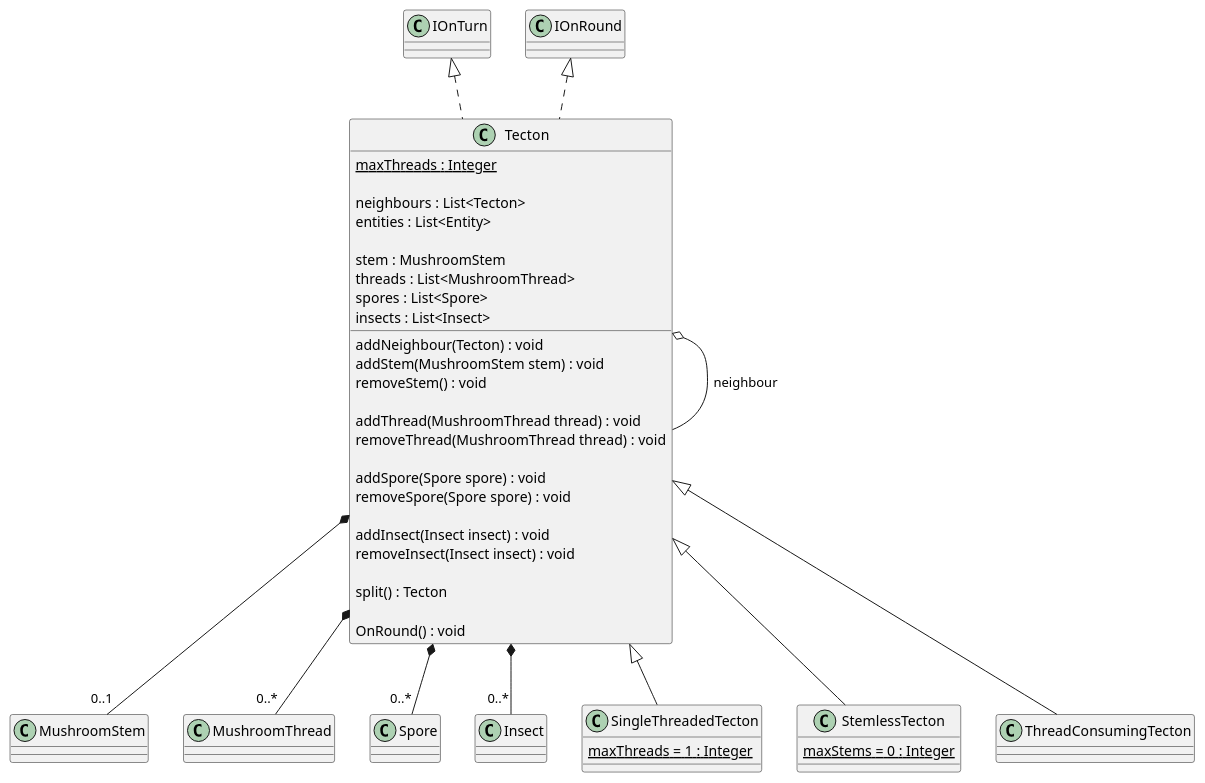
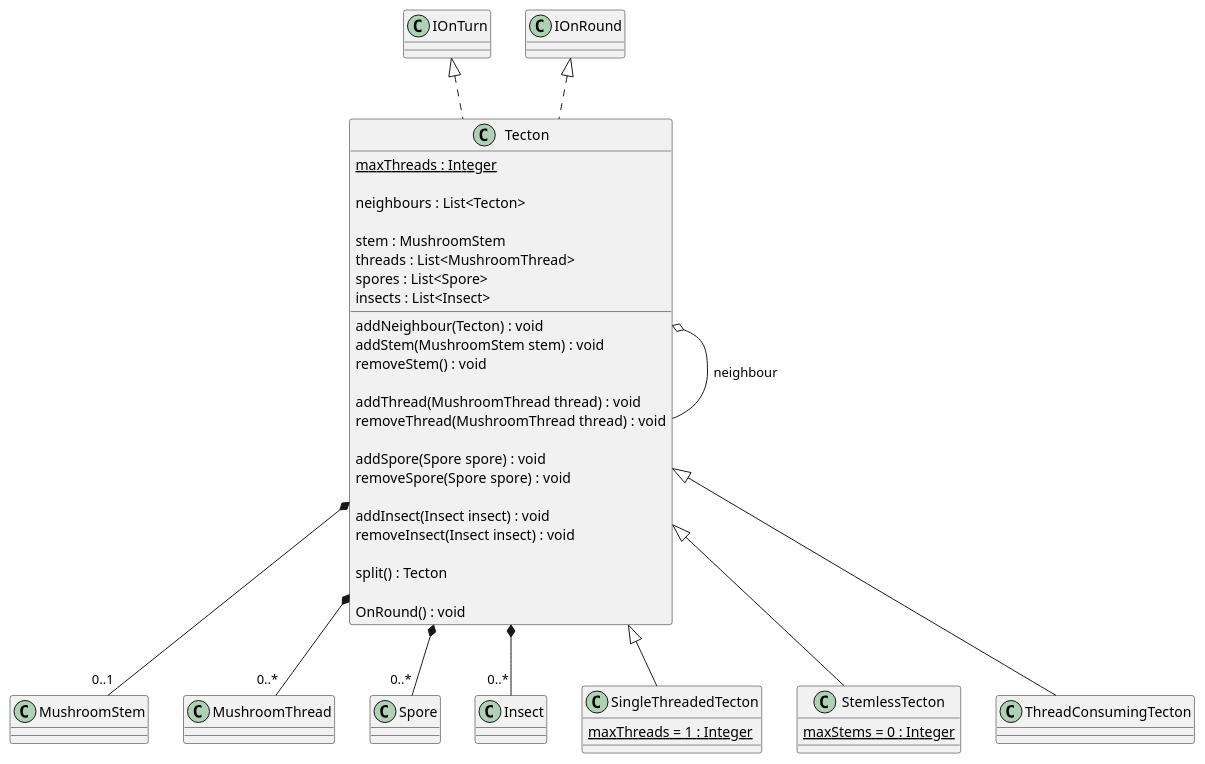
Before and after one commit to Petya-G/fungorium: the diagram in 3/classes/tecton.puml, drawn with PlantUML.

Commit message:
# remove entity list from tecton

```diff
--- a/3/classes/tecton.puml
+++ b/3/classes/tecton.puml
@@ -1,59 +1,58 @@
 @startuml tecton
   IOnTurn <|.. Tecton 
   IOnRound <|.. Tecton 
   Tecton  o-- Tecton : neighbour
   'Tecton *-- "0..*" Entity
   class Tecton {
     {static} maxThreads : Integer
     
     neighbours : List<Tecton>
-    entities : List<Entity>
 
     stem : MushroomStem
     threads : List<MushroomThread>
     spores : List<Spore>
     insects : List<Insect>  
 
     addNeighbour(Tecton) : void
     addStem(MushroomStem stem) : void
     removeStem() : void
 
     addThread(MushroomThread thread) : void
     removeThread(MushroomThread thread) : void
 
     addSpore(Spore spore) : void
     removeSpore(Spore spore) : void
 
     addInsect(Insect insect) : void
     removeInsect(Insect insect) : void
 
     split() : Tecton
 
     OnRound() : void
   }
 
   Tecton *-- "0..1" MushroomStem 
   Tecton *-- "0..*" MushroomThread
   
   Tecton *-- "0..*" Spore
   Tecton *-- "0..*" Insect
   'SingleThreadedTecton *-- "0..1" MushroomStem
   'SingleThreadedTecton "2" *-- "0..1" MushroomThread
   Tecton <|-- SingleThreadedTecton
   class SingleThreadedTecton {
     {static} maxThreads = 1 : Integer
   }
 
 
   'BodylessTecton "2" *-- "0..*" MushroomThread
   Tecton <|-- StemlessTecton
   class StemlessTecton {
     {static} maxStems = 0 : Integer
   }
 
   ' ThreadConsumingTecton *-- "0..1" MushroomStem
   'ThreadConsumingTecton "2" *-- "0..*" MushroomThread
   Tecton <|-- ThreadConsumingTecton
   class ThreadConsumingTecton {
   }
 @enduml
```
